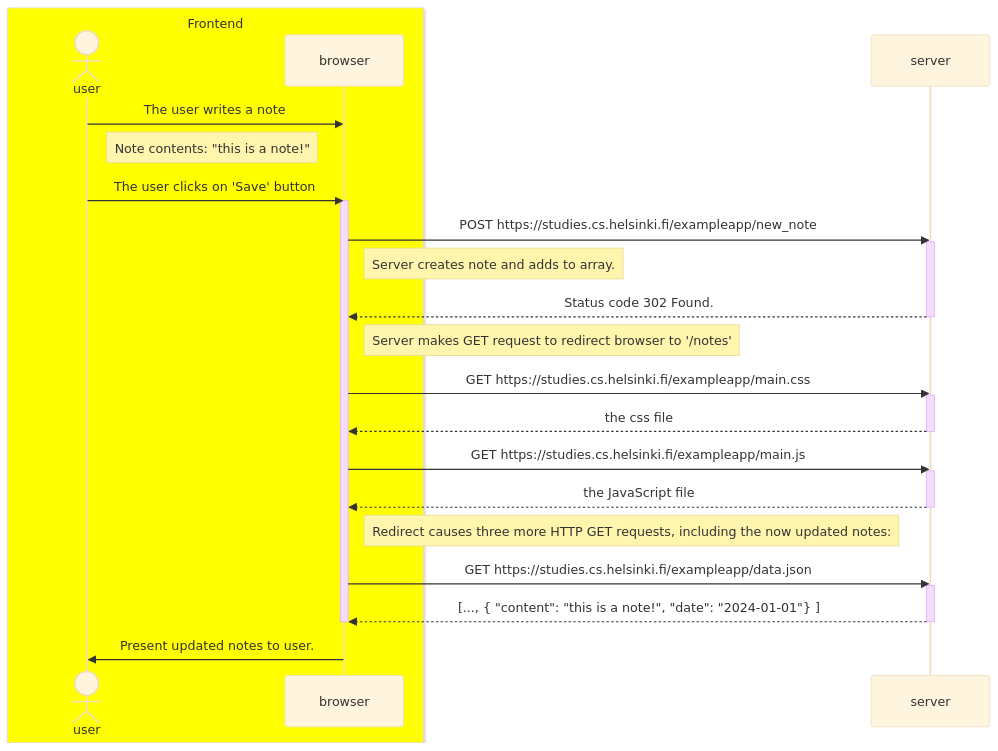
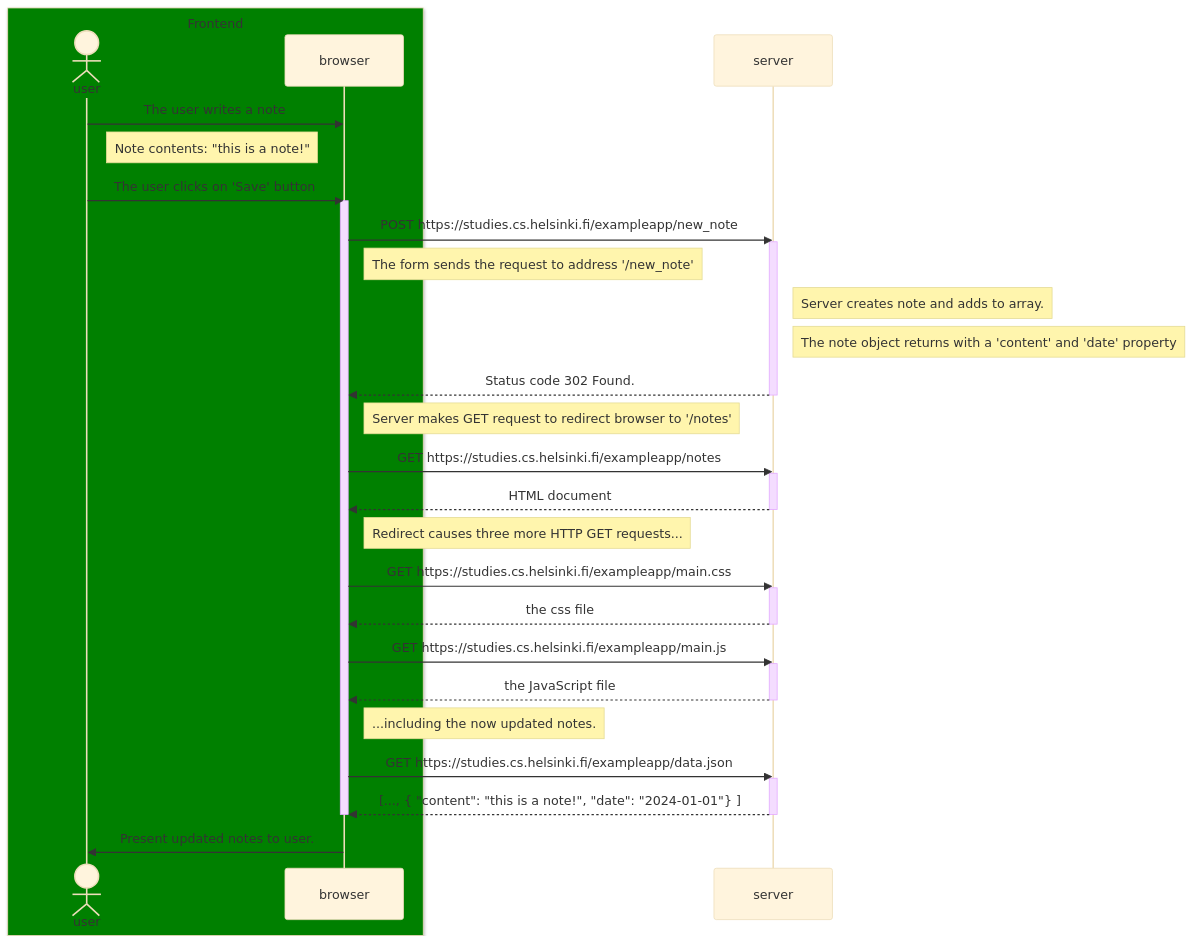
Before and after one commit to Nullim/fullstack-open: the diagram in part0/newnotediagram.md, drawn with Mermaid (base theme). The commit also changed 1 other file, not shown here.

Commit message:
Creates SPA diagram

````diff
--- a/part0/newnotediagram.md
+++ b/part0/newnotediagram.md
@@ -1,45 +1,55 @@
 ```mermaid
 sequenceDiagram
-  box Yellow Frontend
+  box Green Frontend
   actor user
   participant browser
   end
   participant server
 
   user->>browser: The user writes a note
 
   Note right of user: Note contents: "this is a note!"
 
   user->>browser: The user clicks on 'Save' button
   activate browser
   browser->>server: POST https://studies.cs.helsinki.fi/exampleapp/new_note
   activate server
 
-  Note right of browser: Server creates note and adds to array.
+  Note right of browser: The form sends the request to address '/new_note'
+
+  Note right of server: Server creates note and adds to array.
+
+  Note right of server: The note object returns with a 'content' and 'date' property
 
   server-->>browser: Status code 302 Found.
   deactivate server
 
   Note right of browser: Server makes GET request to redirect browser to '/notes'
 
+  browser->>server: GET https://studies.cs.helsinki.fi/exampleapp/notes
+  activate server
+  server-->>browser: HTML document
+  deactivate server
+
+  Note right of browser: Redirect causes three more HTTP GET requests...
 
   browser->>server: GET https://studies.cs.helsinki.fi/exampleapp/main.css
   activate server
   server-->>browser: the css file
   deactivate server
 
   browser->>server: GET https://studies.cs.helsinki.fi/exampleapp/main.js
   activate server
   server-->>browser: the JavaScript file
   deactivate server
 
-  Note right of browser: Redirect causes three more HTTP GET requests, including the now updated notes:
+  Note right of browser: ...including the now updated notes.
 
   browser->>server: GET https://studies.cs.helsinki.fi/exampleapp/data.json
   activate server
   server-->>browser: [..., { "content": "this is a note!", "date": "2024-01-01"} ]
   deactivate server
 
   deactivate browser
   browser->>user: Present updated notes to user.
 ```
````
